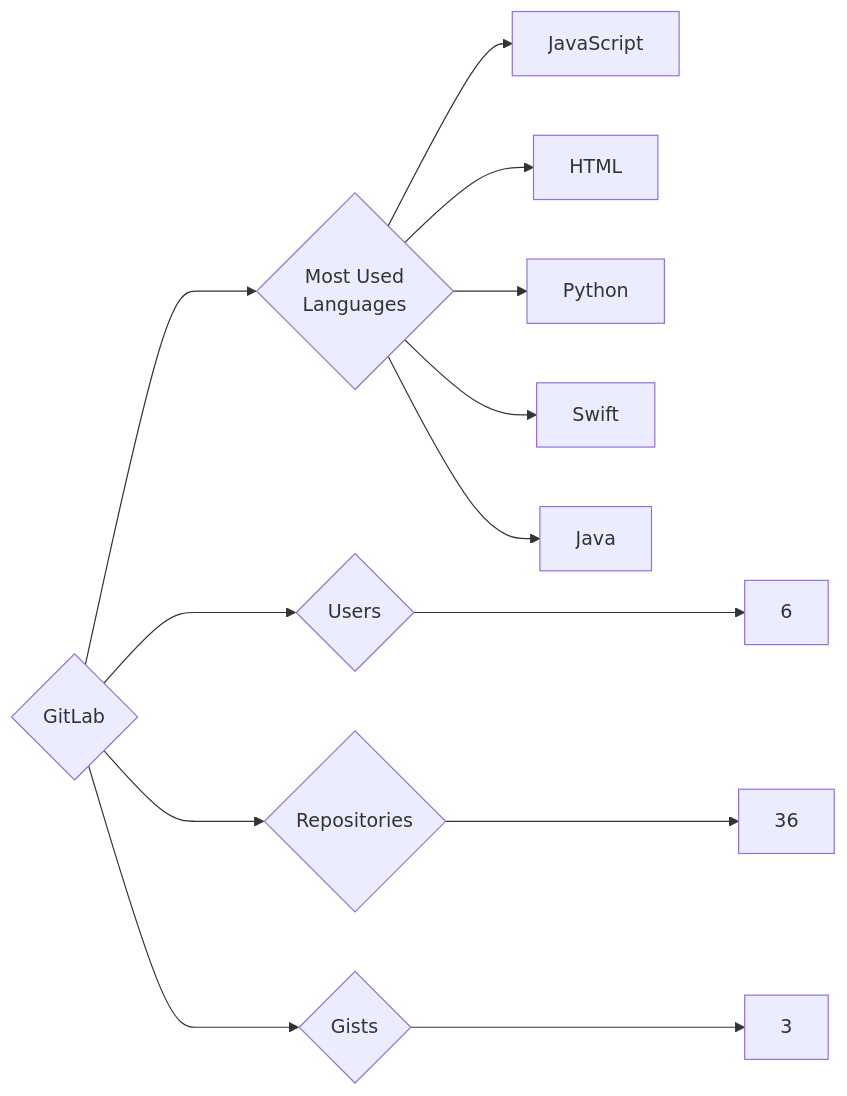
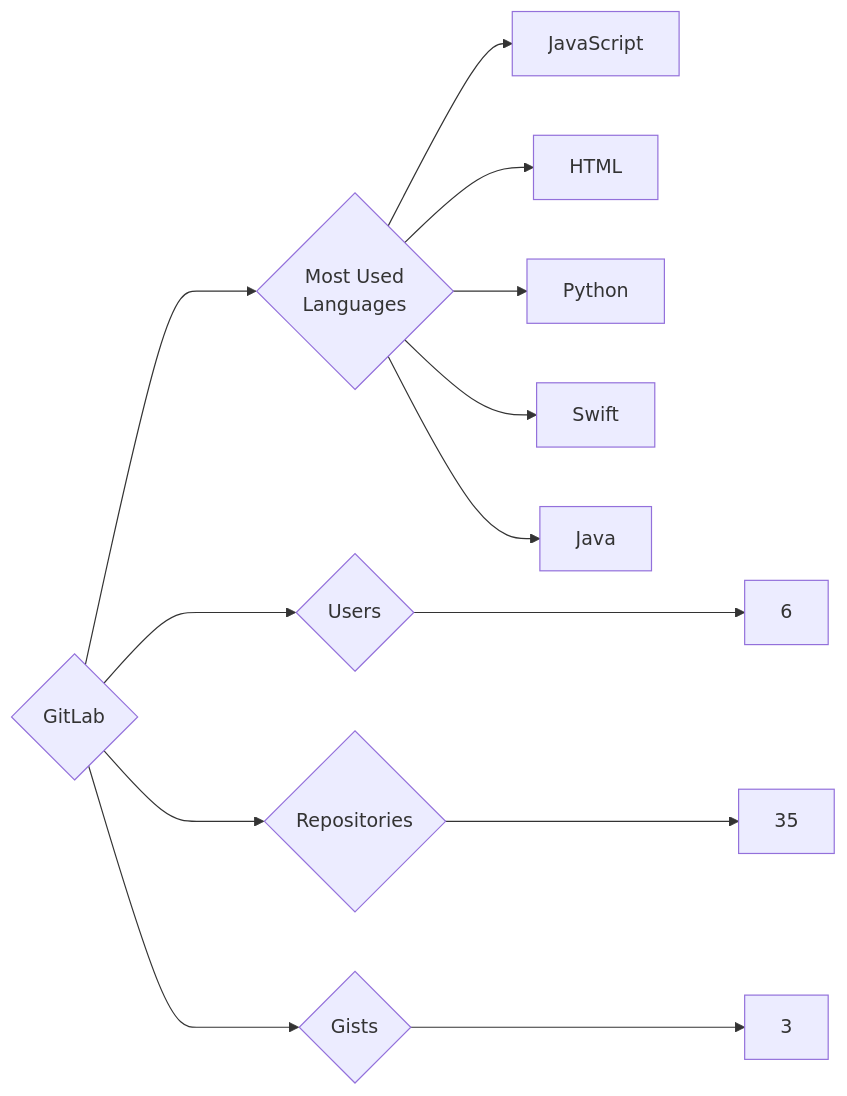
The diagram in targets/GitLab/README.md (trickest/insiders), drawn with Mermaid before and after one commit. The commit also changed 942 other files, not shown here.

````diff
--- a/targets/GitLab/README.md
+++ b/targets/GitLab/README.md
@@ -3,13 +3,13 @@
 ```mermaid
 graph LR
 COMPANY_NAME{GitLab}
 COMPANY_NAME ---> U{Users} ---> UN[6]
-COMPANY_NAME ---> R{Repositories} ---> RN[36]
+COMPANY_NAME ---> R{Repositories} ---> RN[35]
 COMPANY_NAME ---> G{Gists} ---> GN[3]
 COMPANY_NAME ---> ML{Most Used<br>Languages}
 ML --> JavaScript[JavaScript]
 ML --> HTML[HTML]
 ML --> Python[Python]
 ML --> Swift[Swift]
 ML --> Java[Java]
 ```
````
